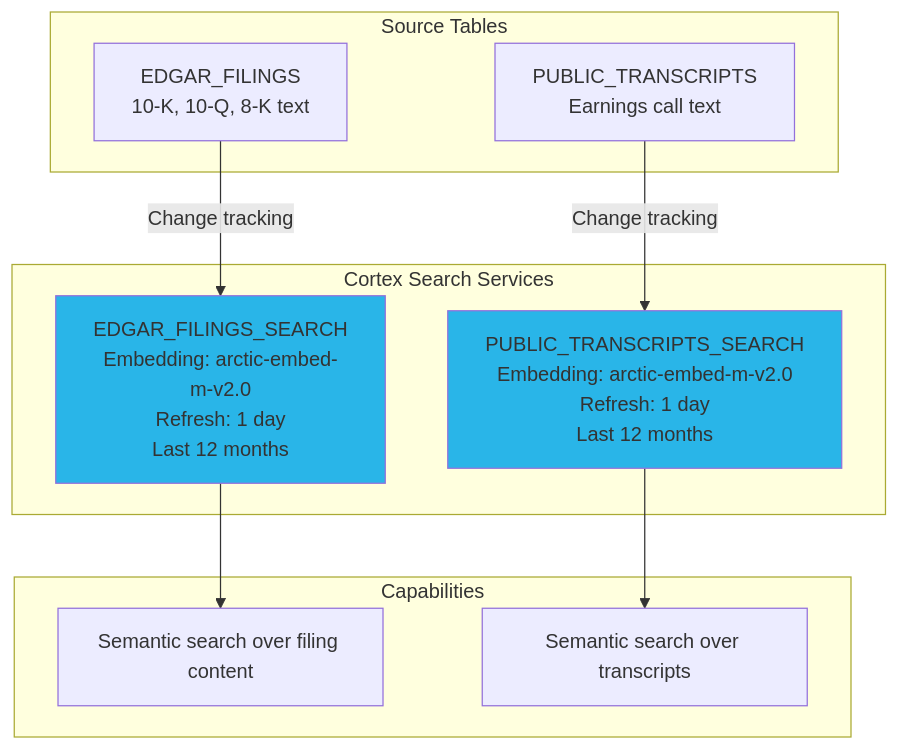
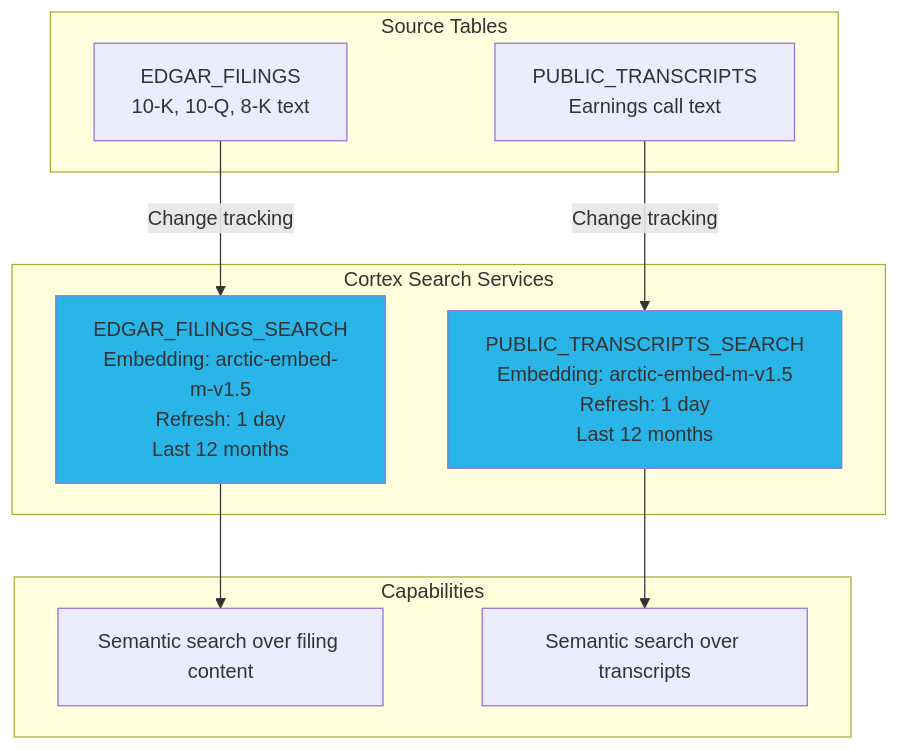
The diagram in step_5_cortex_search/step5_readme.md (sfc-gh-cmoynihan/holly-labs), drawn with Mermaid before and after one commit. The commit also changed other lines of this file and 1 other file, not shown here.

Commit message:
Fix embedding model: use arctic-embed-m-v1.5 (m-v2.0 does not exist)
The valid Cortex Search models are: arctic-embed-m-v1.5 (default, 768-dim),
arctic-embed-l-v2.0, arctic-embed-l-v2.0-8k, and voyage-multilingual-2.

.... Generated with [Cortex Code](https://docs.snowflake.com/en/user-guide/cortex-code/cortex-code)

````diff
--- a/step_5_cortex_search/step5_readme.md
+++ b/step_5_cortex_search/step5_readme.md
@@ -9,25 +9,25 @@
 ```mermaid
 graph TD
     subgraph "Source Tables"
         T1[EDGAR_FILINGS<br/>10-K, 10-Q, 8-K text]
         T2[PUBLIC_TRANSCRIPTS<br/>Earnings call text]
     end
 
     subgraph "Cortex Search Services"
-        CS1[EDGAR_FILINGS_SEARCH<br/>Embedding: arctic-embed-m-v2.0<br/>Refresh: 1 day<br/>Last 12 months]
-        CS2[PUBLIC_TRANSCRIPTS_SEARCH<br/>Embedding: arctic-embed-m-v2.0<br/>Refresh: 1 day<br/>Last 12 months]
+        CS1[EDGAR_FILINGS_SEARCH<br/>Embedding: arctic-embed-m-v1.5<br/>Refresh: 1 day<br/>Last 12 months]
+        CS2[PUBLIC_TRANSCRIPTS_SEARCH<br/>Embedding: arctic-embed-m-v1.5<br/>Refresh: 1 day<br/>Last 12 months]
     end
 
     subgraph "Capabilities"
         R1[Semantic search over filing content]
         R2[Semantic search over transcripts]
     end
 
     T1 -->|Change tracking| CS1
     T2 -->|Change tracking| CS2
     CS1 --> R1
     CS2 --> R2
 
     style CS1 fill:#29B5E8
     style CS2 fill:#29B5E8
 ```
````
